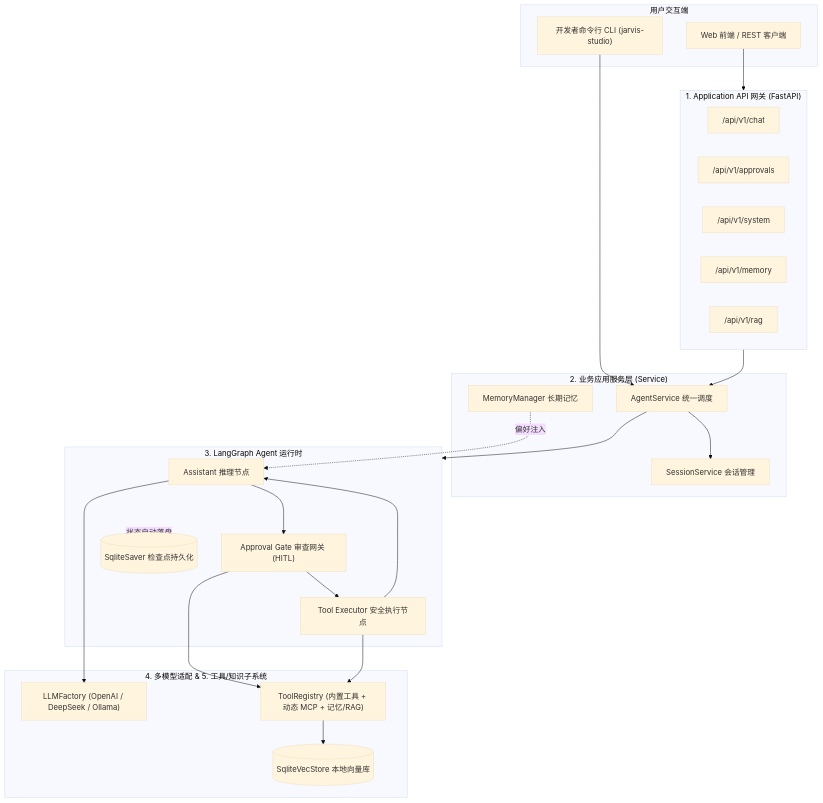
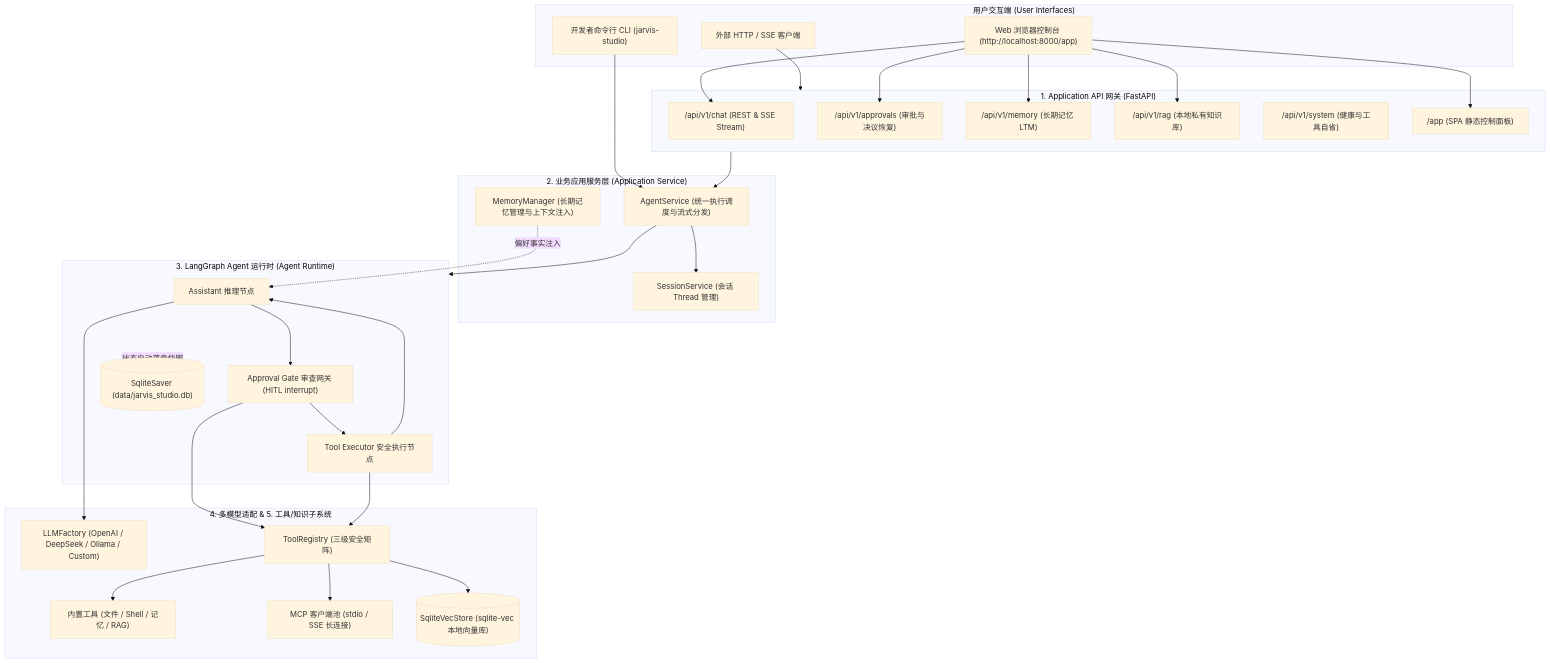
One commit to theGitForDalibor/JarvisStudio changed the first of 2 diagrams in README.md. Above: the diagram before and after it, drawn with Mermaid (base theme). The commit also changed other lines of this file and 1 other file, not shown here.

````diff
--- a/README.md
+++ b/README.md
@@ -63,45 +64,51 @@
 ```mermaid
 flowchart TD
-    subgraph UI ["用户交互端"]
+    subgraph UI ["用户交互端 (User Interfaces)"]
         CLI["开发者命令行 CLI (jarvis-studio)"]
-        CLIENT["Web 前端 / REST 客户端"]
+        BROWSER["Web 浏览器控制台 (http://localhost:8000/app)"]
+        API_CLIENT["外部 HTTP / SSE 客户端"]
     end
 
-    subgraph API ["1. Application API 网关 (FastAPI)"]
-        ENDPOINT_CHAT["/api/v1/chat"]
-        ENDPOINT_APPR["/api/v1/approvals"]
-        ENDPOINT_SYS["/api/v1/system"]
-        ENDPOINT_MEM["/api/v1/memory"]
-        ENDPOINT_RAG["/api/v1/rag"]
+    subgraph GATEWAY ["1. Application API 网关 (FastAPI)"]
+        ENDPOINT_CHAT["/api/v1/chat (REST & SSE Stream)"]
+        ENDPOINT_APPR["/api/v1/approvals (审批与决议恢复)"]
+        ENDPOINT_MEM["/api/v1/memory (长期记忆 LTM)"]
+        ENDPOINT_RAG["/api/v1/rag (本地私有知识库)"]
+        ENDPOINT_SYS["/api/v1/system (健康与工具自省)"]
+        STATIC_APP["/app (SPA 静态控制面板)"]
     end
 
-    subgraph SVC ["2. 业务应用服务层 (Service)"]
-        AGENT_SVC["AgentService 统一调度"]
-        SESS_SVC["SessionService 会话管理"]
-        MEM_MGR["MemoryManager 长期记忆"]
+    subgraph SERVICE ["2. 业务应用服务层 (Application Service)"]
+        AGENT_SVC["AgentService (统一执行调度与流式分发)"]
+        SESS_SVC["SessionService (会话 Thread 管理)"]
+        MEM_MGR["MemoryManager (长期记忆管理与上下文注入)"]
     end
 
-    subgraph RUNTIME ["3. LangGraph Agent 运行时"]
+    subgraph RUNTIME ["3. LangGraph Agent 运行时 (Agent Runtime)"]
         ASST["Assistant 推理节点"]
-        GATE["Approval Gate 审查网关 (HITL)"]
+        GATE["Approval Gate 审查网关 (HITL interrupt)"]
         EXEC["Tool Executor 安全执行节点"]
-        CHECKPOINTER[("SqliteSaver 检查点持久化")]
+        CHECKPOINTER[("SqliteSaver (data/jarvis_studio.db)")]
     end
 
     subgraph CORE ["4. 多模型适配 & 5. 工具/知识子系统"]
-        LLM["LLMFactory (OpenAI / DeepSeek / Ollama)"]
-        REGISTRY["ToolRegistry (内置工具 + 动态 MCP + 记忆/RAG)"]
-        VECSTORE[("SqliteVecStore 本地向量库")]
+        LLM["LLMFactory (OpenAI / DeepSeek / Ollama / Custom)"]
+        REGISTRY["ToolRegistry (三级安全矩阵)"]
+        BUILTIN["内置工具 (文件 / Shell / 记忆 / RAG)"]
+        MCP_HUB["MCP 客户端池 (stdio / SSE 长连接)"]
+        VECSTORE[("SqliteVecStore (sqlite-vec 本地向量库)")]
     end
 
     CLI --> AGENT_SVC
-    CLIENT --> API --> AGENT_SVC
+    BROWSER --> STATIC_APP & ENDPOINT_CHAT & ENDPOINT_APPR & ENDPOINT_MEM & ENDPOINT_RAG
+    API_CLIENT --> GATEWAY
+    GATEWAY --> AGENT_SVC
     AGENT_SVC --> SESS_SVC
     AGENT_SVC --> RUNTIME
-    MEM_MGR -. 偏好注入 .-> ASST
+    MEM_MGR -. 偏好事实注入 .-> ASST
     ASST --> GATE --> EXEC --> ASST
-    RUNTIME -. 状态自动落盘 .-> CHECKPOINTER
+    RUNTIME -. 状态自动落盘快照 .-> CHECKPOINTER
     ASST --> LLM
     GATE & EXEC --> REGISTRY
-    REGISTRY --> VECSTORE
+    REGISTRY --> BUILTIN & MCP_HUB & VECSTORE
 ```
````
